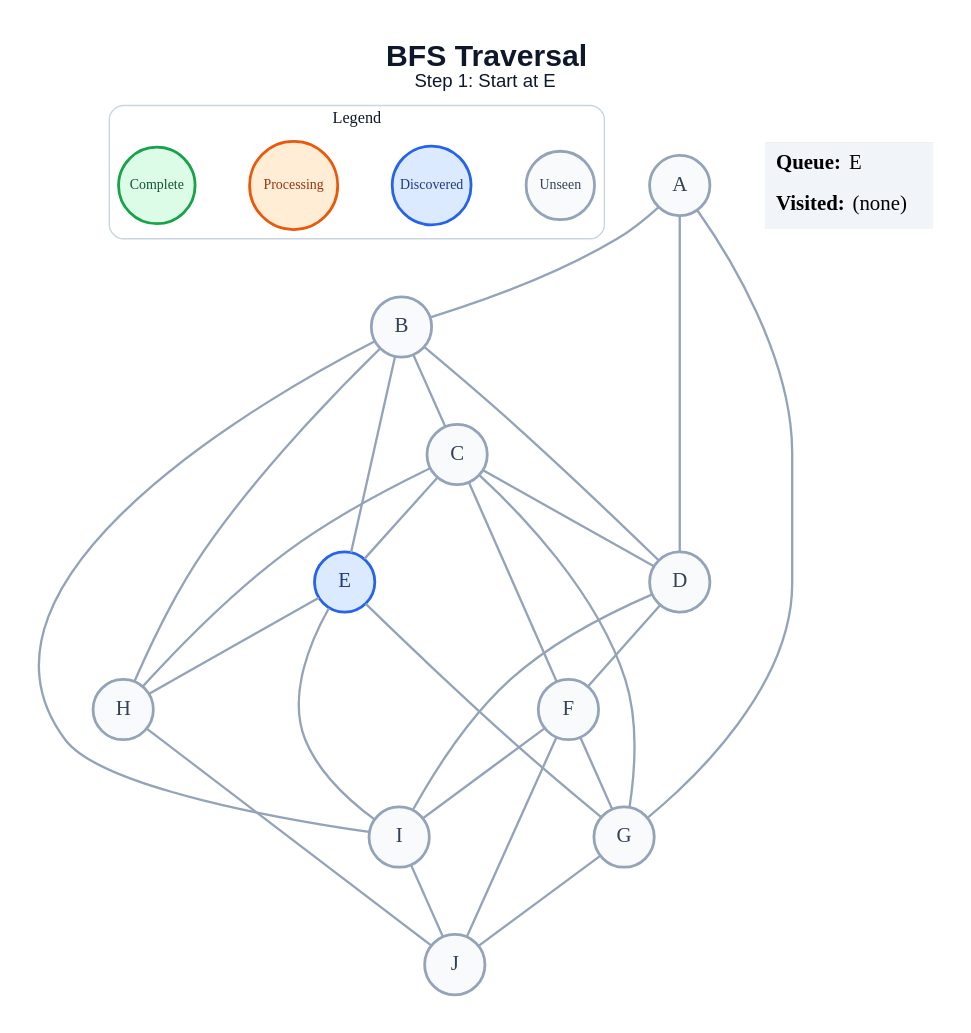
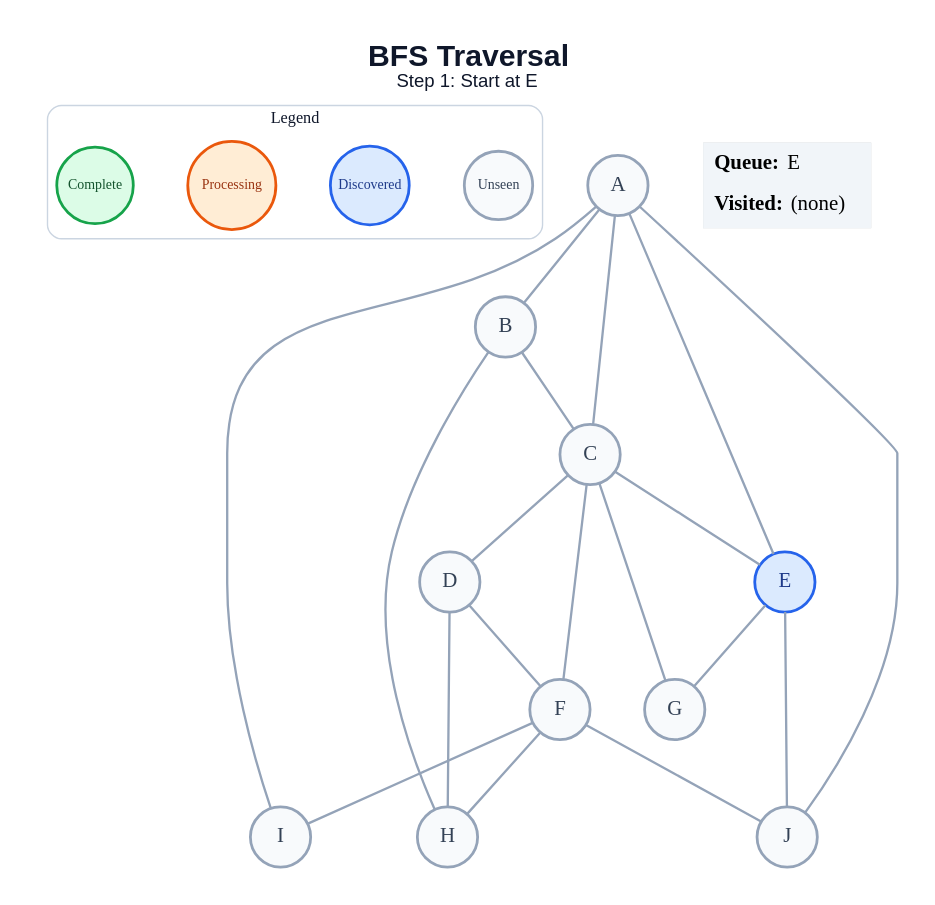
The diagram in generated/specific-node/bfs/step_01.dot (amanghodawala9/ai-slop), drawn with Graphviz before and after one commit. The commit also changed 178 other files, not shown here.

```diff
--- a/generated/specific-node/bfs/step_01.dot
+++ b/generated/specific-node/bfs/step_01.dot
@@ -1,53 +1,47 @@
 graph traversal {
   graph [layout=dot, rankdir=TB, bgcolor="#FFFFFF", pad="0.35", nodesep="0.65", ranksep="0.8", fontname="Arial"];
   node [shape=circle, style="filled", fontname="Arial Bold", fontsize=18, width=0.72, fixedsize=true, penwidth=2.4];
   edge [color="#94A3B8", penwidth=2.0];
   label=<<B>BFS Traversal</B><BR/><FONT POINT-SIZE="16">Step 1: Start at E</FONT>>; labelloc="t"; fontsize=26; fontname="Arial"; fontcolor="#0F172A";
   subgraph cluster_legend { label="Legend"; color="#CBD5E1"; penwidth=1.2; style="rounded"; fontsize=14; fontname="Arial Bold";
     key_unseen [label="Unseen", fillcolor="#F8FAFC", color="#94A3B8", fontcolor="#334155", fontsize=12, width=0.82];
     key_frontier [label="Discovered", fillcolor="#DBEAFE", color="#2563EB", fontcolor="#1E3A8A", fontsize=12, width=0.95];
     key_current [label="Processing", fillcolor="#FFEDD5", color="#EA580C", fontcolor="#9A3412", fontsize=12, width=1.05];
     key_done [label="Complete", fillcolor="#DCFCE7", color="#16A34A", fontcolor="#14532D", fontsize=12, width=0.92];
     { rank=same; key_unseen; key_frontier; key_current; key_done; }
   }
   A [fillcolor="#F8FAFC", color="#94A3B8", fontcolor="#334155"];
   B [fillcolor="#F8FAFC", color="#94A3B8", fontcolor="#334155"];
   C [fillcolor="#F8FAFC", color="#94A3B8", fontcolor="#334155"];
   D [fillcolor="#F8FAFC", color="#94A3B8", fontcolor="#334155"];
   E [fillcolor="#DBEAFE", color="#2563EB", fontcolor="#1E3A8A"];
   F [fillcolor="#F8FAFC", color="#94A3B8", fontcolor="#334155"];
   G [fillcolor="#F8FAFC", color="#94A3B8", fontcolor="#334155"];
   H [fillcolor="#F8FAFC", color="#94A3B8", fontcolor="#334155"];
   I [fillcolor="#F8FAFC", color="#94A3B8", fontcolor="#334155"];
   J [fillcolor="#F8FAFC", color="#94A3B8", fontcolor="#334155"];
   A -- B;
-  A -- D;
-  A -- G;
+  A -- C;
+  A -- E;
+  A -- I;
+  A -- J;
   B -- C;
-  B -- D;
-  B -- E;
   B -- H;
-  B -- I;
   C -- D;
   C -- E;
   C -- F;
   C -- G;
-  C -- H;
   D -- F;
-  D -- I;
+  D -- H;
   E -- G;
-  E -- H;
-  E -- I;
-  F -- G;
+  E -- J;
+  F -- H;
   F -- I;
   F -- J;
-  G -- J;
-  H -- J;
-  I -- J;
   status [shape=plain, fixedsize=false, width=0, height=0, margin=0, label=<
     <TABLE BORDER="0" CELLBORDER="0" CELLPADDING="7" BGCOLOR="#F1F5F9">
       <TR><TD ALIGN="LEFT"><B>Queue:</B> E</TD></TR>
       <TR><TD ALIGN="LEFT"><B>Visited:</B> (none)</TD></TR>
     </TABLE>
   >];
 }
```
